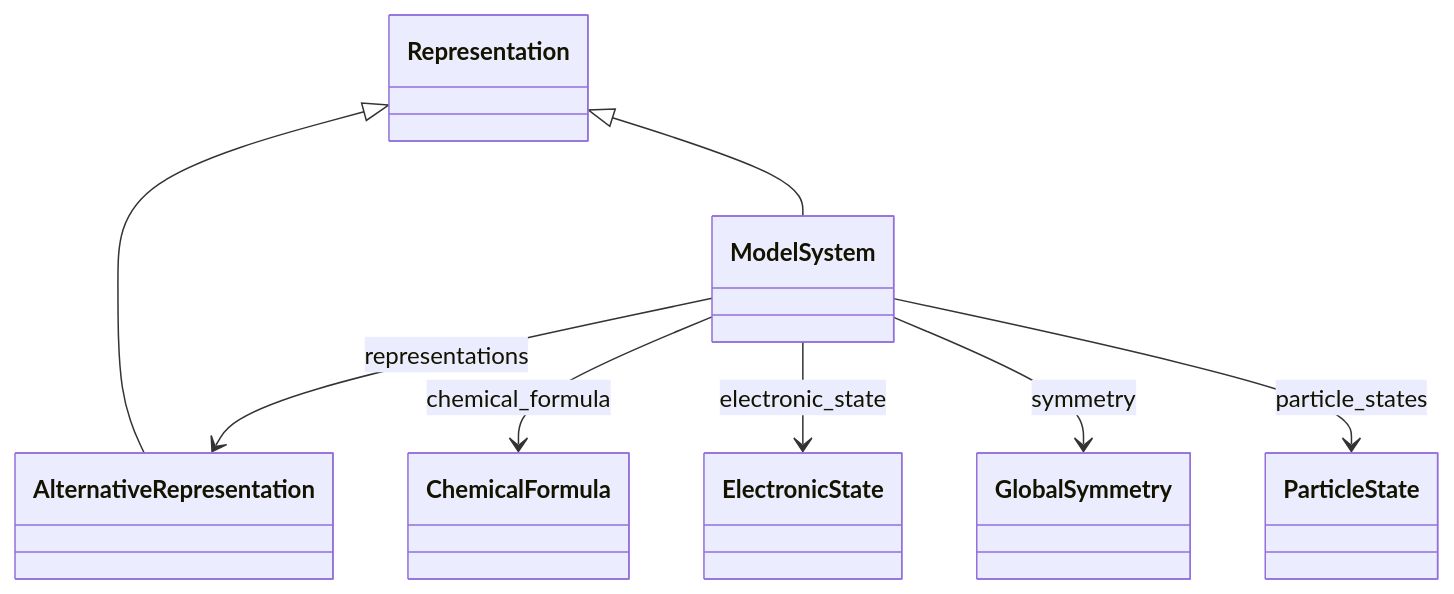
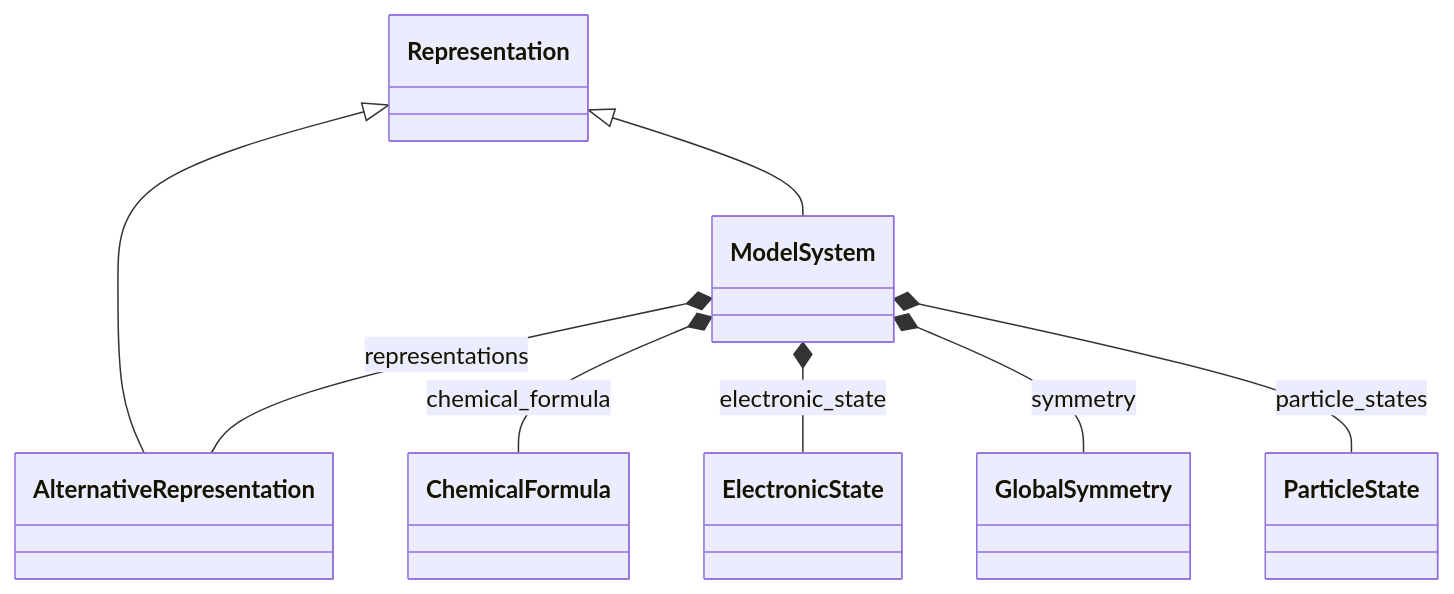
One commit to FAIRmat-NFDI/nomad-simulations changed the diagram in docs/schema/model_system.md. Above: the diagram before and after it, drawn with Mermaid. The commit also changed other lines of this file and 34 other files, not shown here.

````diff
--- a/docs/schema/model_system.md
+++ b/docs/schema/model_system.md
@@ -19,17 +19,17 @@
 ```mermaid
 classDiagram
     class AlternativeRepresentation
     class ChemicalFormula
     class ElectronicState
     class GlobalSymmetry
     class ModelSystem
     class ParticleState
     class Representation
     Representation <|-- AlternativeRepresentation
     Representation <|-- ModelSystem
-    ModelSystem --> AlternativeRepresentation : representations
-    ModelSystem --> ChemicalFormula : chemical_formula
-    ModelSystem --> ElectronicState : electronic_state
-    ModelSystem --> GlobalSymmetry : symmetry
-    ModelSystem --> ParticleState : particle_states
+    ModelSystem *-- AlternativeRepresentation : representations
+    ModelSystem *-- ChemicalFormula : chemical_formula
+    ModelSystem *-- ElectronicState : electronic_state
+    ModelSystem *-- GlobalSymmetry : symmetry
+    ModelSystem *-- ParticleState : particle_states
 ```
````
